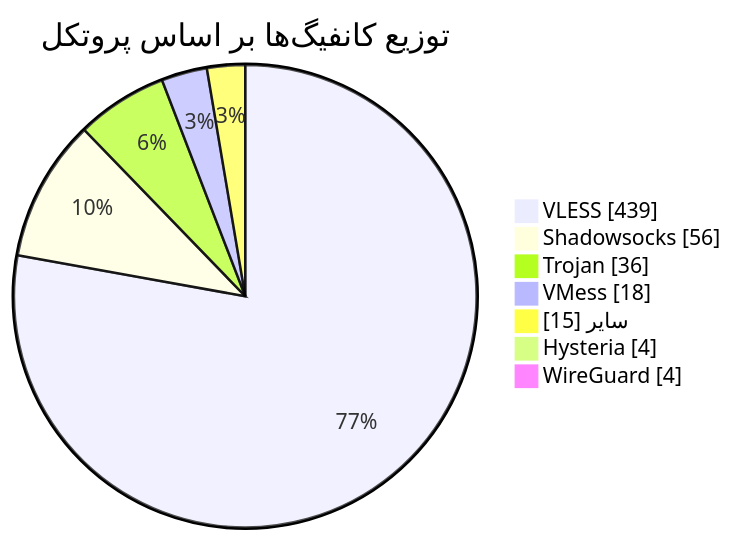
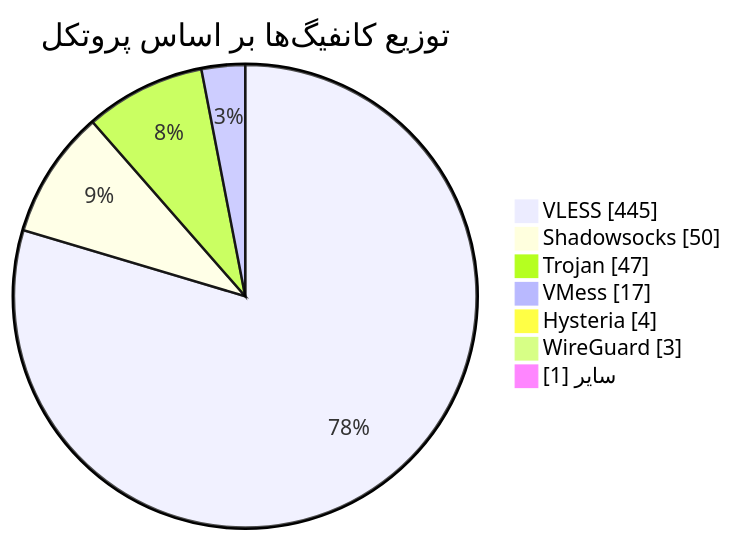
One commit to Arian-Alijani/Somthing changed the diagram in README.md. Above: the diagram before and after it, drawn with Mermaid. The commit also changed other lines of this file and 21 other files, not shown here.

````diff
--- a/README.md
+++ b/README.md
@@ -49,11 +49,11 @@
 ```mermaid
 pie showData
     title توزیع کانفیگ‌ها بر اساس پروتکل
-    "VLESS" : 439
-    "Shadowsocks" : 56
-    "Trojan" : 36
-    "VMess" : 18
-    "سایر" : 15
+    "VLESS" : 445
+    "Shadowsocks" : 50
+    "Trojan" : 47
+    "VMess" : 17
     "Hysteria" : 4
-    "WireGuard" : 4
+    "WireGuard" : 3
+    "سایر" : 1
 ```
````
